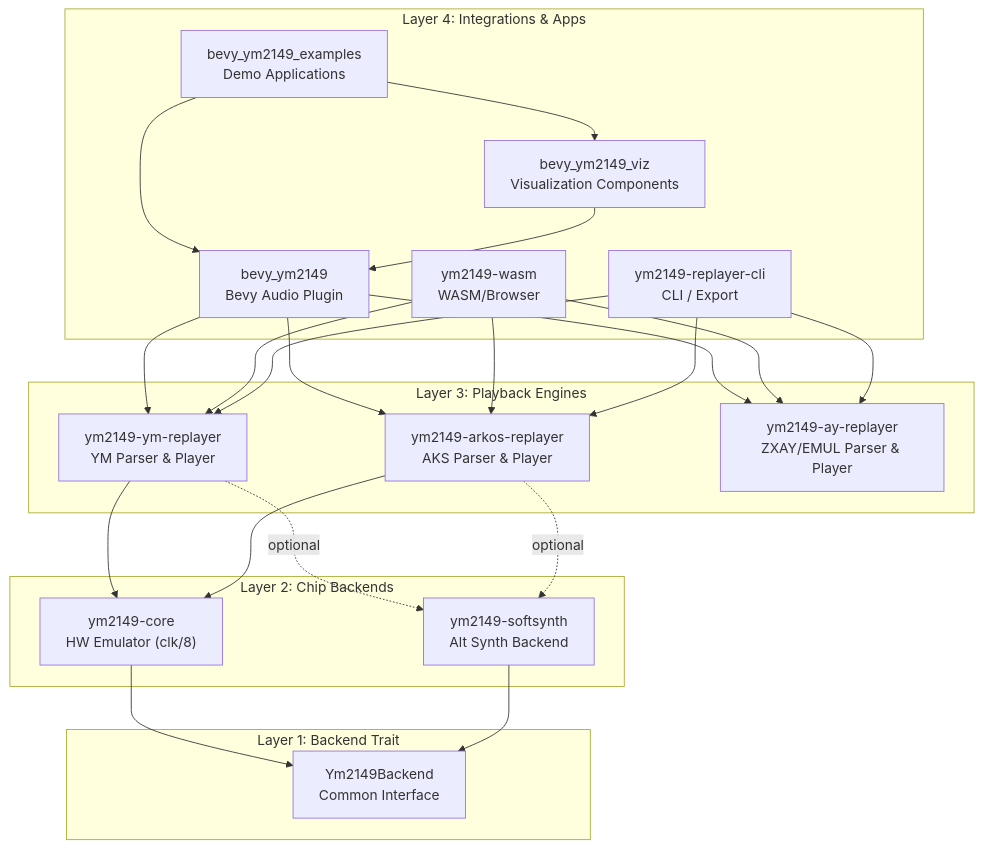
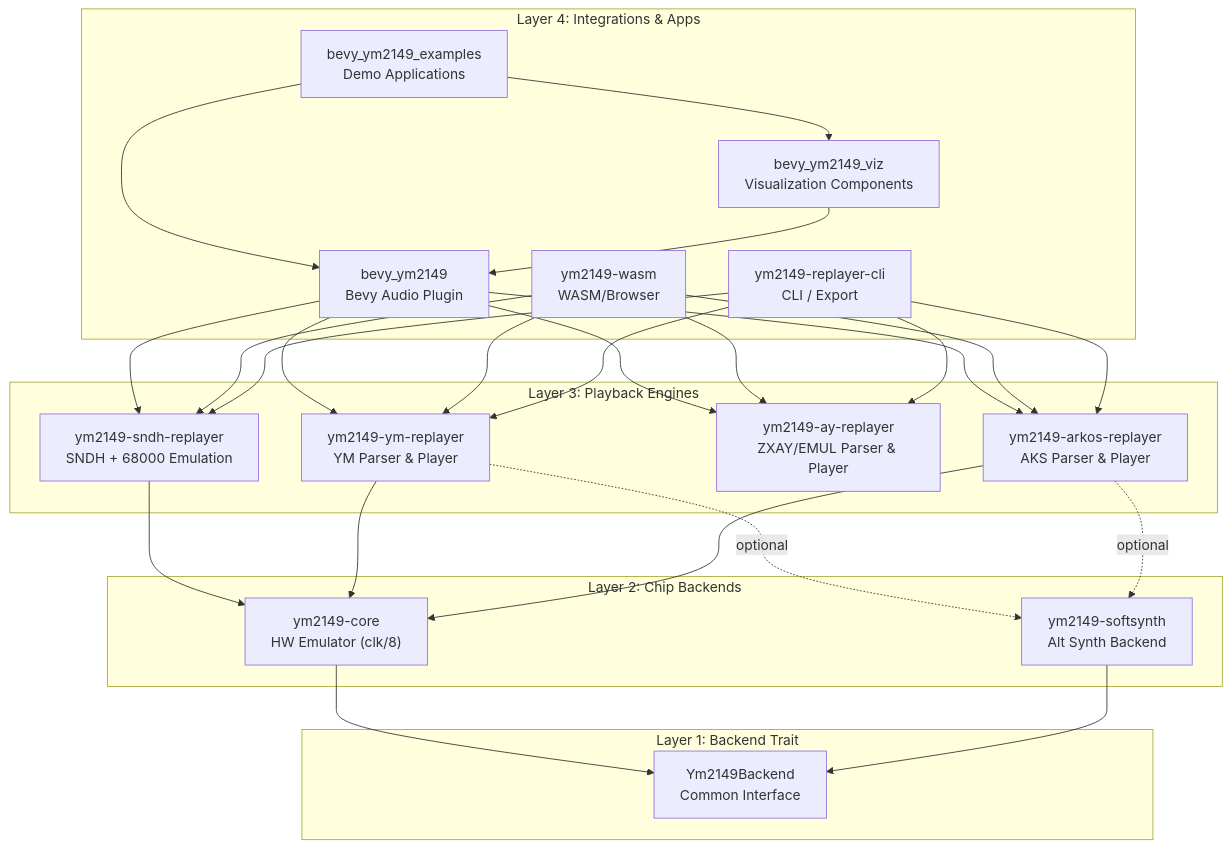
One commit to slippyex/ym2149-rs changed the first of 6 diagrams in ARCHITECTURE.md. Above: the diagram before and after it, drawn with Mermaid. The commit also changed other lines of this file and 45 other files, not shown here.

````diff
--- a/ARCHITECTURE.md
+++ b/ARCHITECTURE.md
@@ -11,44 +11,49 @@
 ```mermaid
 graph TB
     subgraph "Layer 4: Integrations & Apps"
         BEVY_EX["bevy_ym2149_examples<br/>Demo Applications"]
         BEVY_VIZ["bevy_ym2149_viz<br/>Visualization Components"]
         BEVY["bevy_ym2149<br/>Bevy Audio Plugin"]
         WASM["ym2149-wasm<br/>WASM/Browser"]
         CLI["ym2149-replayer-cli<br/>CLI / Export"]
     end
 
     subgraph "Layer 3: Playback Engines"
         REPLAYER["ym2149-ym-replayer<br/>YM Parser & Player"]
         ARKOS["ym2149-arkos-replayer<br/>AKS Parser & Player"]
         AY["ym2149-ay-replayer<br/>ZXAY/EMUL Parser & Player"]
+        SNDH["ym2149-sndh-replayer<br/>SNDH + 68000 Emulation"]
     end
 
     subgraph "Layer 2: Chip Backends"
         YM2149["ym2149-core<br/>HW Emulator (clk/8)"]
         SOFTSYNTH["ym2149-softsynth<br/>Alt Synth Backend"]
     end
 
     subgraph "Layer 1: Backend Trait"
         TRAIT["Ym2149Backend<br/>Common Interface"]
     end
 
     BEVY_EX --> BEVY_VIZ
     BEVY_EX --> BEVY
     BEVY_VIZ --> BEVY
     BEVY --> REPLAYER
     BEVY --> ARKOS
     BEVY --> AY
+    BEVY --> SNDH
     WASM --> REPLAYER
     WASM --> ARKOS
     WASM --> AY
+    WASM --> SNDH
     CLI --> REPLAYER
     CLI --> ARKOS
     CLI --> AY
+    CLI --> SNDH
+    SNDH --> YM2149
     REPLAYER --> YM2149
     REPLAYER -.optional.-> SOFTSYNTH
     ARKOS --> YM2149
     ARKOS -.optional.-> SOFTSYNTH
     YM2149 --> TRAIT
     SOFTSYNTH --> TRAIT
 ```
````
